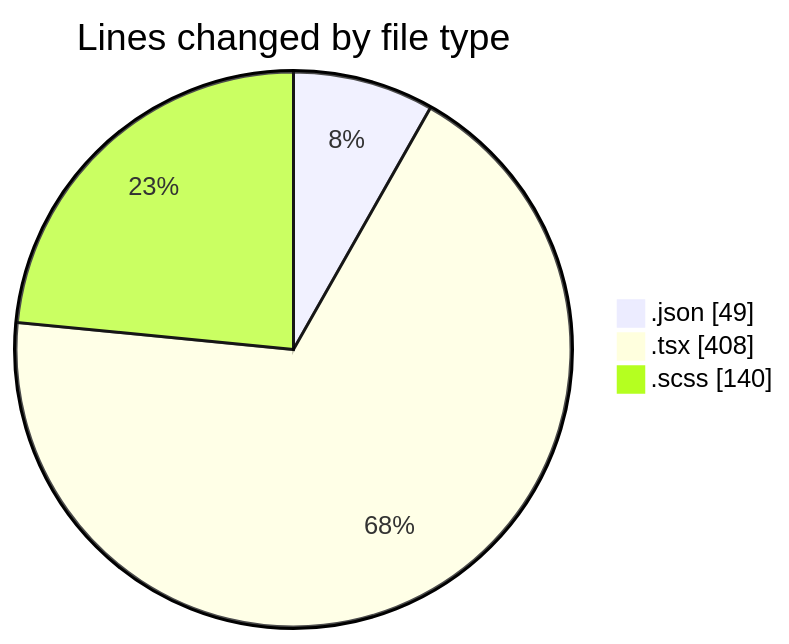
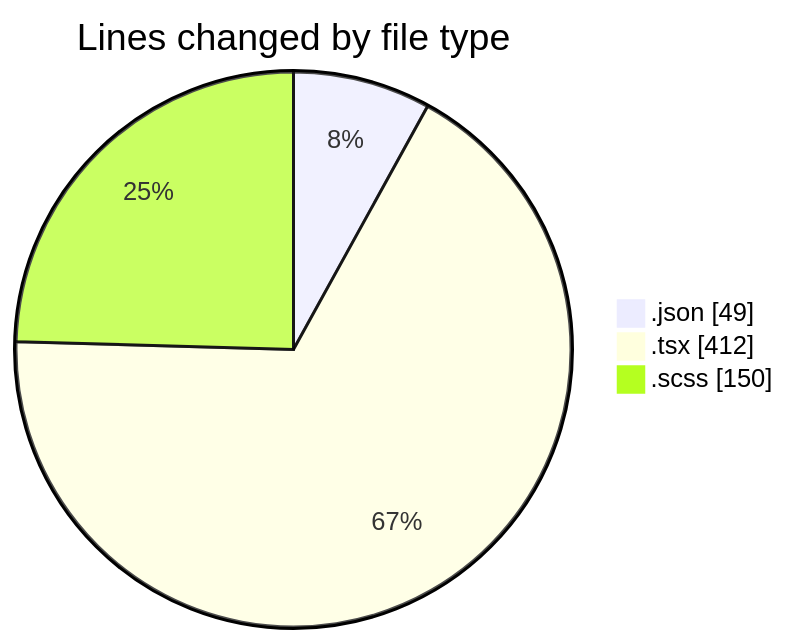
One commit to momahboobian/code-tracking changed the first of 2 diagrams in 2025-08-20/cda/README.md. Above: the diagram before and after it, drawn with Mermaid. The commit also changed other lines of this file and 1 other file, not shown here.

````diff
--- a/2025-08-20/cda/README.md
+++ b/2025-08-20/cda/README.md
@@ -23,7 +23,7 @@
 ```mermaid
 pie showData
 title Lines changed by file type
 ".json" : 49
-".tsx" : 408
-".scss" : 140
+".tsx" : 412
+".scss" : 150
 ```
````
